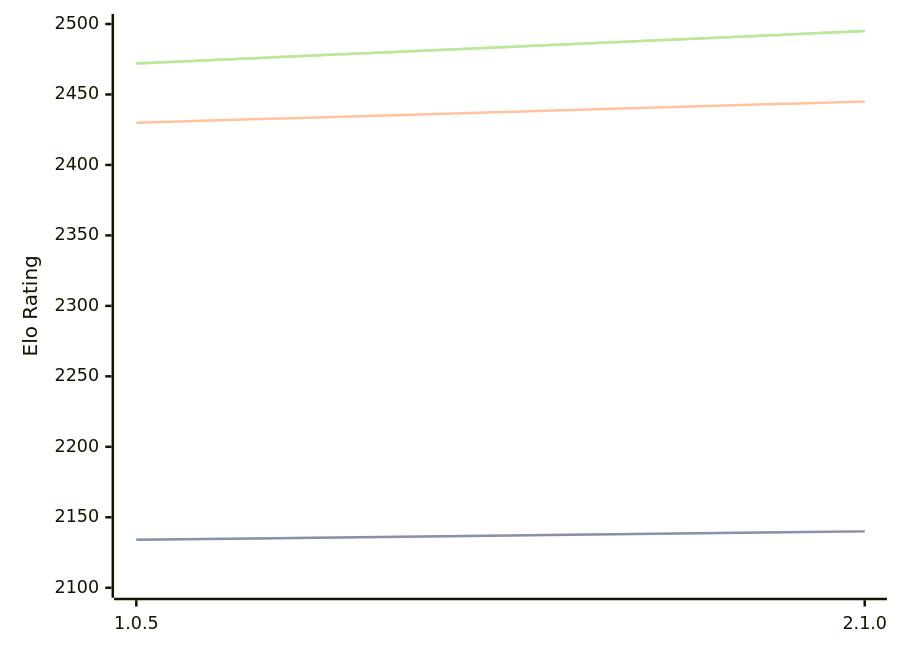
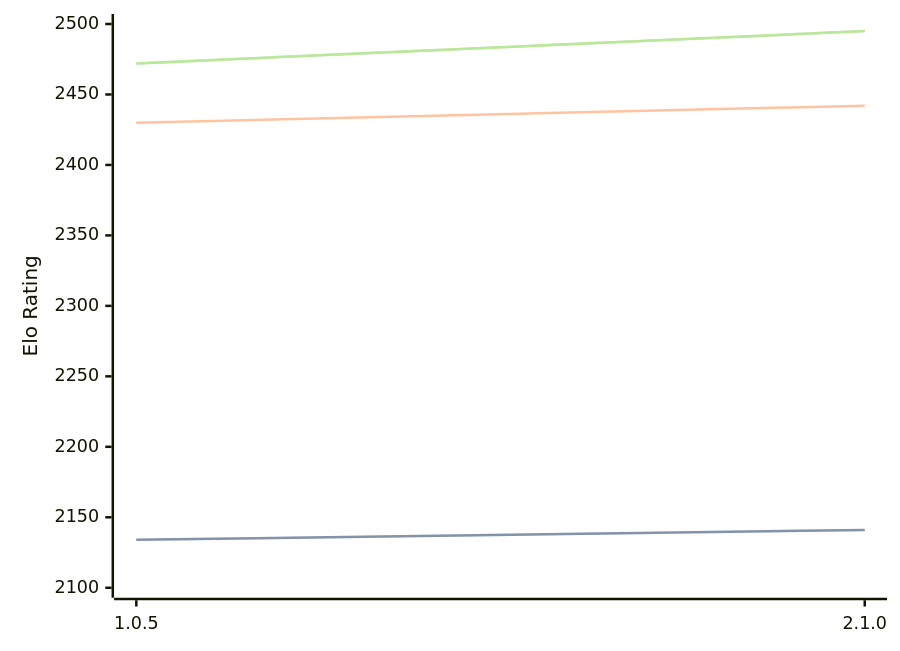
Before and after one commit to computer-chess-index/cci: the third of 3 diagrams in engines/Ruffian.md, drawn with Mermaid. The commit also changed other lines of this file, not shown here.

````diff
--- a/engines/Ruffian.md
+++ b/engines/Ruffian.md
@@ -65,11 +65,11 @@
 ```mermaid
 %%{init: {"theme":"base","themeVariables":{"seriesColors:['#a3a3a3','#222221','#faa371']}}}%%
 xychart-beta
   x-axis ["1.0.5", "2.1.0"]
   y-axis "Elo Rating" 2100 --> 2500
-  line "STC (8.0+0.08s)" [2134, 2140]
-  line "STC (8.0+0.08s)" [2134, 2140]
-  line "LTC (60.0+0.60s)" [2430, 2445]
+  line "STC (8.0+0.08s)" [2134, 2141]
+  line "STC (8.0+0.08s)" [2134, 2141]
+  line "LTC (60.0+0.60s)" [2430, 2442]
   line "VLTC (2m24s+1.12s)" [2472, 2495]
   line "VLTC (2m24s+1.12s)" [2472, 2495]
 ```
````
